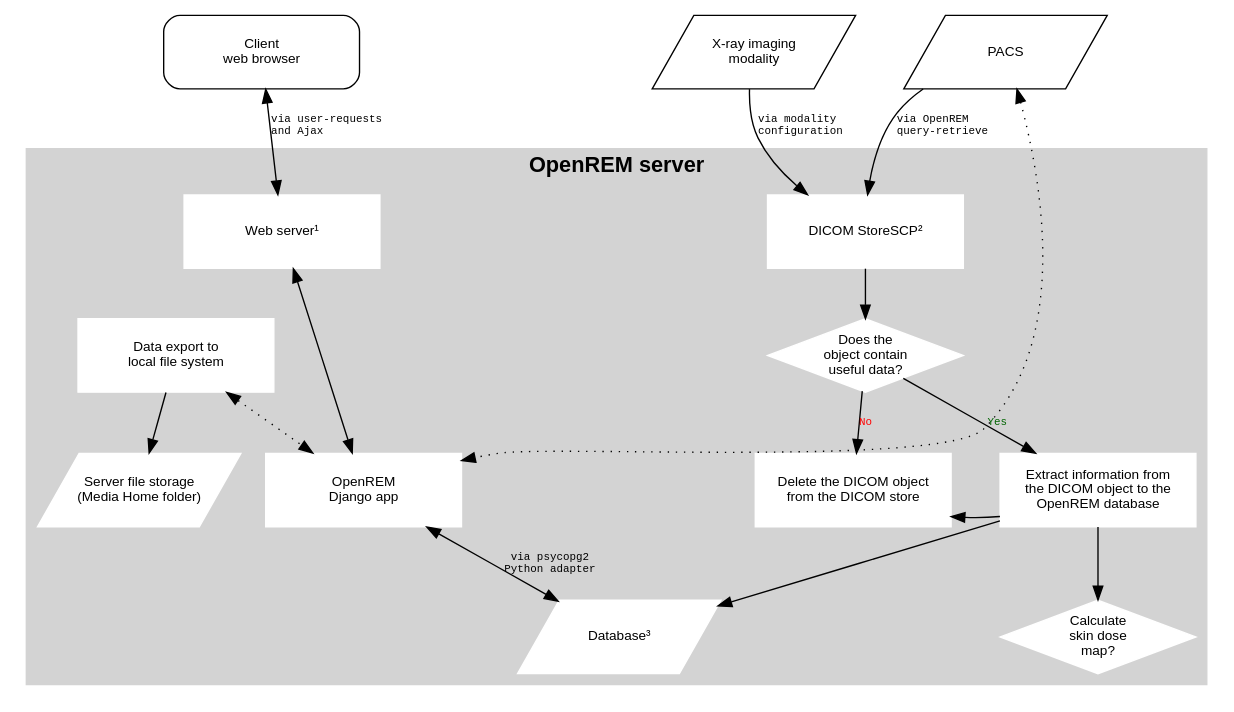
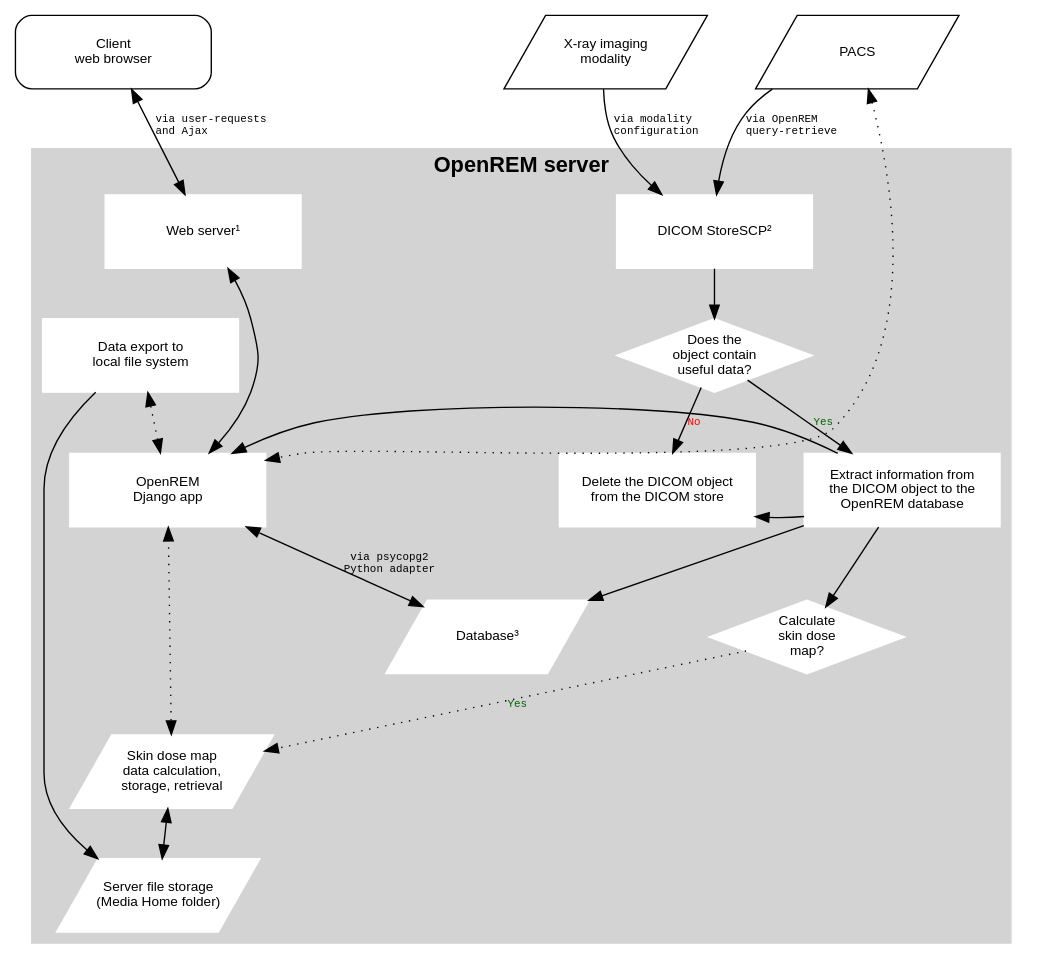
Before and after one commit to themorlan/openREM: the diagram in docs/systemdiagram.rst, drawn with Graphviz. The commit also changed 1 other file, not shown here.

Commit message:
Adding removal of Flower and RabbitMQ to release notes. Attempt to add some of the system component diagram elements back in. Refs #788 [skip ci] docs only

```diff
--- a/docs/systemdiagram.rst
+++ b/docs/systemdiagram.rst
@@ -4,67 +4,72 @@
 .. graphviz::
 
    digraph {
       node [fixedsize=true width=2.0 height=0.75 fontsize=10 margin="0.0,0.0"];
 
       // Define the things on the server
       subgraph cluster_server {
 
          label="OpenREM server";
          tooltip="The server";
          fontname="Helvetica-bold";
          fontsize=16;
          style=filled;
          color=lightgrey;
          node [style=filled color=white];
 
          // Define the nodes for the data storage, display and retrieval
          webserver [label="Web server&sup1;" fontname="Helvetica" tooltip="Serve web pages to the user" shape="box"];
          python_django [label="OpenREM\nDjango app" fontname="Helvetica" tooltip="Python web framework" shape="box"];
          database [label="Database&sup3;" fontname="Helvetica" tooltip="Relational database management system" shape="parallelogram"];
+         skin_dose_map_data [label="Skin dose map\ndata calculation,\nstorage, retrieval" fontname="Helvetica" tooltip="Calculate, store and retrieve skin dose map data" shape="parallelogram"];
          server_media_folder [label="Server file storage\n(Media Home folder)" fontname="Helvetica" tooltip="File storage on the server" shape="parallelogram"];
          data_export [label="Data export to\nlocal file system" fontname="Helvetica" tooltip="Files are made available to the user via a web page URL" shape="box"];
 
          // Define the links between the data storage, display and retrieval
          webserver -> python_django [dir=both];
          python_django -> database [dir=both label="via psycopg2\nPython adapter" fontsize=8 fontname="Courier"];
+         skin_dose_map_data -> server_media_folder [dir=both];
+         skin_dose_map_data -> python_django [style=dotted dir=both];
          data_export -> server_media_folder;
          data_export -> python_django [style=dotted dir=both];
 
          // Define the nodes for the DICOM store, database population and skin dose map calculation
          conquest [label="DICOM StoreSCP&sup2;" fontname="Helvetica" tooltip="Conquest, acting as a DICOM storage SCP" shape="box"];
          conquest_script [shape=diamond label="Does the\nobject contain\nuseful data?" fontname="Helvetica" tooltip="Process the rules in dicom.ini"];
          populate_database [label="Extract information from\nthe DICOM object to the\nOpenREM database" fontname="Helvetica", tooltip="Extract data using OpenREM's python scripts" shape="box"];
          delete_object [label="Delete the DICOM object\nfrom the DICOM store" fontname="Helvetica" tooltip="Delete the DICOM object from the local store SCP" shape="box"];
          calc_skin_dose_map [shape=diamond label="Calculate\nskin dose\nmap?" fontname="Helvetica" tooltip="Calculate the skin dose map?"];
          blank_node_1 [shape=none style=invisible];
 
          // Define the links between the DICOM store, database population and skin dose map calculation
          conquest_script -> populate_database [label="Yes" fontcolor=darkgreen fontsize=8 fontname="Courier"];
          populate_database -> delete_object;
          conquest_script -> delete_object [label="No" fontcolor=red fontsize=8 fontname="Courier"];
          conquest -> conquest_script;
          populate_database -> calc_skin_dose_map;
 
          // Define the links between the two groups
          populate_database -> database
+         python_django -> populate_database [dir=back]
+         calc_skin_dose_map -> skin_dose_map_data [style=dotted label="Yes" fontcolor=darkgreen fontsize=8 fontname="Courier"]
 
          // Force certain nodes to be on the same level so that the diagram looks good (hopefully)
          {rank=same; webserver conquest};
          {rank=same; python_django->blank_node_1->delete_object->populate_database [style=invis]; rankdir=LR;}
       }
 
       // Define the web browser, modality and pacs nodes
       web_browser [label="Client\nweb browser" fontname="Helvetica" tooltip="The user's web browser" shape="box" style=rounded];
       modality [label="X-ray imaging\nmodality" fontname="Helvetica" tooltip="Data send from an x-ray imaging modality" shape="parallelogram"];
       pacs [label="PACS" fontname="Helvetica" tooltip="A Picture Archiving and Communication System" shape="parallelogram"];
       blank_node_2 [label="" shape=none];
 
       // Define the links that the browser, modality and pacs have
       web_browser -> webserver [dir=both label="via user-requests\land Ajax\l" fontsize=8 fontname="Courier" tooltip="Ajax used to retrieve chart data"];
       modality -> conquest [label="via modality\lconfiguration\l" fontsize=8 fontname="Courier"];
       pacs -> conquest [label="via OpenREM\lquery-retrieve\l" fontsize=8 fontname="Courier"];
       pacs -> python_django [style=dotted dir=both];
 
       // Force the web browser, blank node, modality and pacs to be on the same level in a specific order
       {rank=same; web_browser->blank_node_2->modality->pacs [style=invis]; rankdir=LR;};
    }
```
